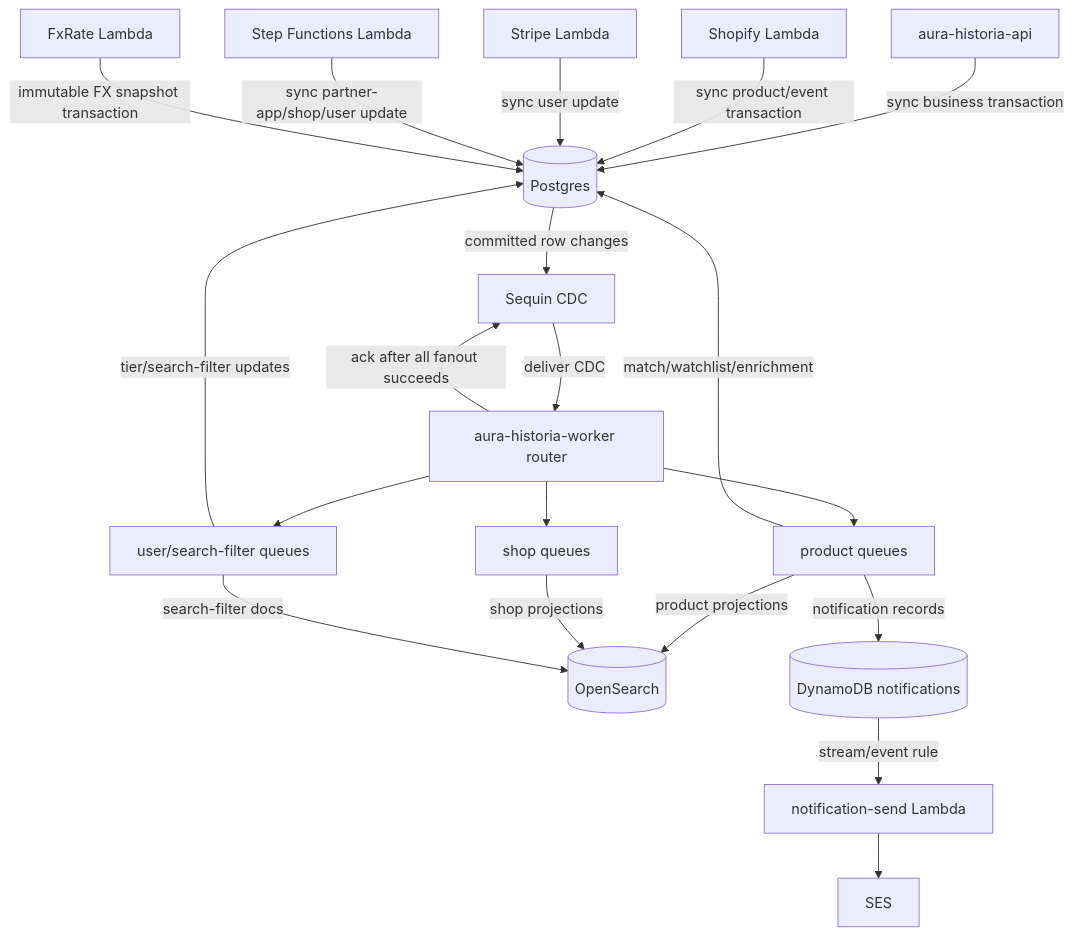
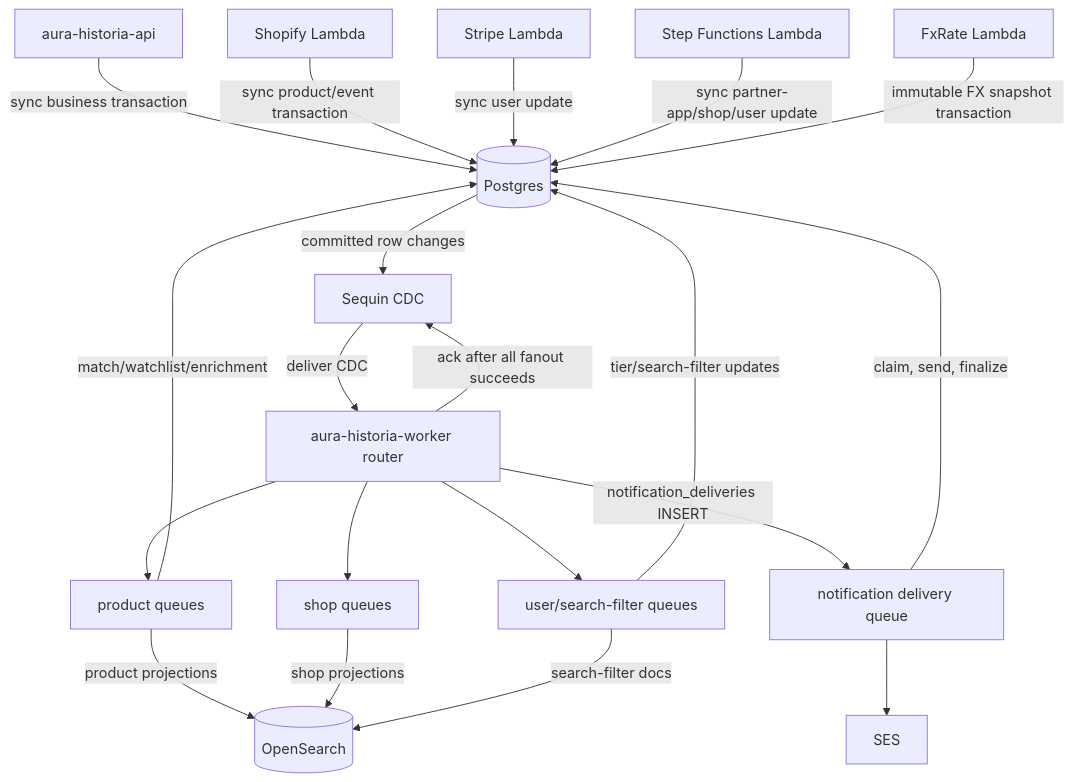
Before and after one commit to aura-historia/backend: the first of 2 diagrams in docs/events/flow.md, drawn with Mermaid. The commit also changed other lines of this file and 72 other files, not shown here.

````diff
--- a/docs/events/flow.md
+++ b/docs/events/flow.md
@@ -28,43 +28,41 @@
 ```mermaid
 flowchart TD
     API["aura-historia-api"]
     SHOPIFY["Shopify Lambda"]
     STRIPE["Stripe Lambda"]
     SFN["Step Functions Lambda"]
     PG[(Postgres)]
     SEQ["Sequin CDC"]
     ROUTER["aura-historia-worker router"]
     PQ["product queues"]
     SQ["shop queues"]
     UFQ["user/search-filter queues"]
     OS[(OpenSearch)]
-    DDBN[(DynamoDB notifications)]
-    SEND["notification-send Lambda"]
     SES["SES"]
     FX["FxRate Lambda"]
 
     API -->|"sync business transaction"| PG
     SHOPIFY -->|"sync product/event transaction"| PG
     STRIPE -->|"sync user update"| PG
     SFN -->|"sync partner-app/shop/user update"| PG
 
     PG -->|"committed row changes"| SEQ
     SEQ -->|"deliver CDC"| ROUTER
     ROUTER -->|"ack after all fanout succeeds"| SEQ
 
     ROUTER --> PQ
     ROUTER --> SQ
     ROUTER --> UFQ
 
     PQ -->|"product projections"| OS
     PQ -->|"match/watchlist/enrichment"| PG
-    PQ -->|"notification records"| DDBN
+    ROUTER -->|"notification_deliveries INSERT"| NQ[notification delivery queue]
+    NQ -->|"claim, send, finalize"| PG
+    NQ --> SES
     SQ -->|"shop projections"| OS
     UFQ -->|"search-filter docs"| OS
     UFQ -->|"tier/search-filter updates"| PG
 
-    DDBN -->|"stream/event rule"| SEND
-    SEND --> SES
 
     FX -->|"immutable FX snapshot transaction"| PG
 ```
````
